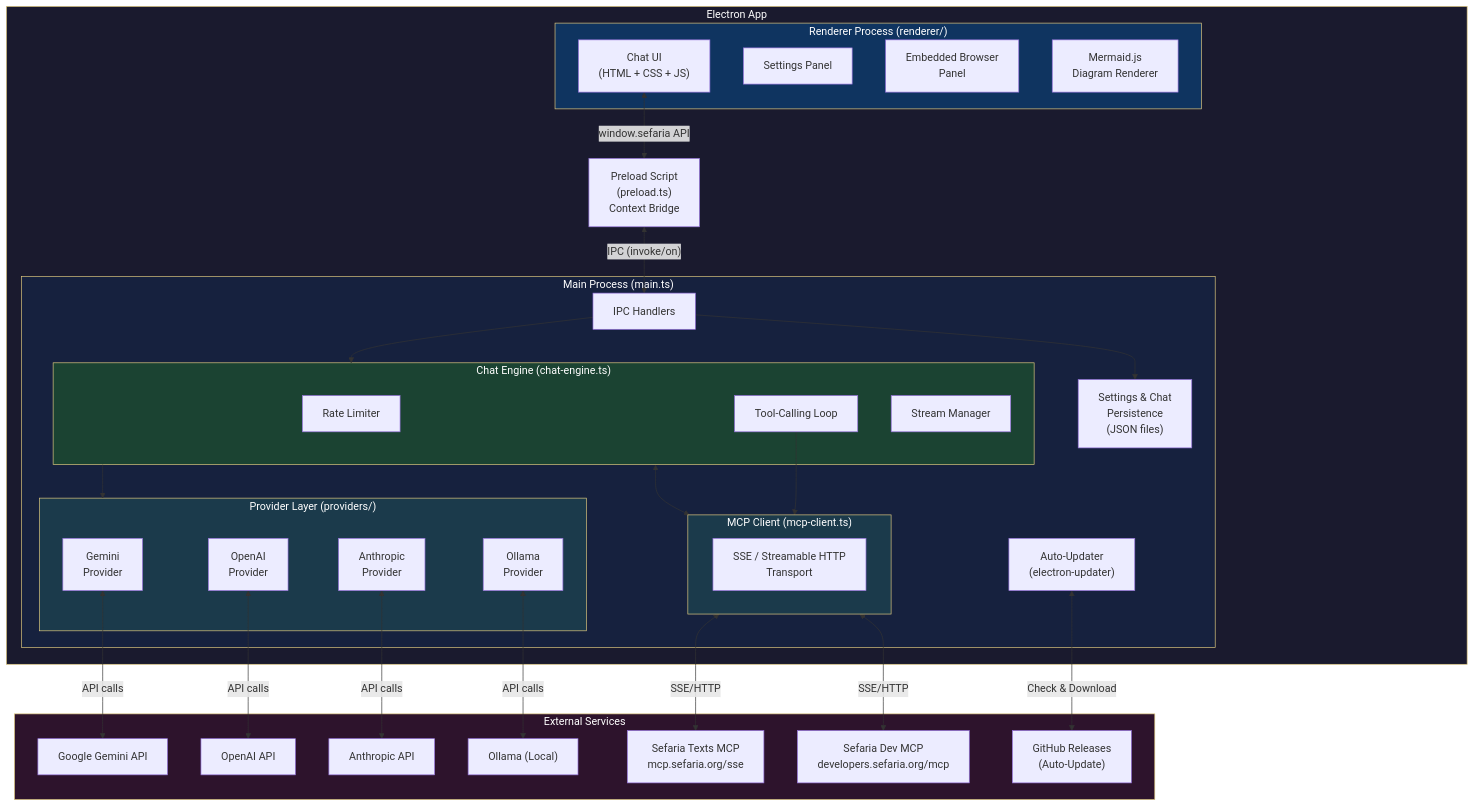
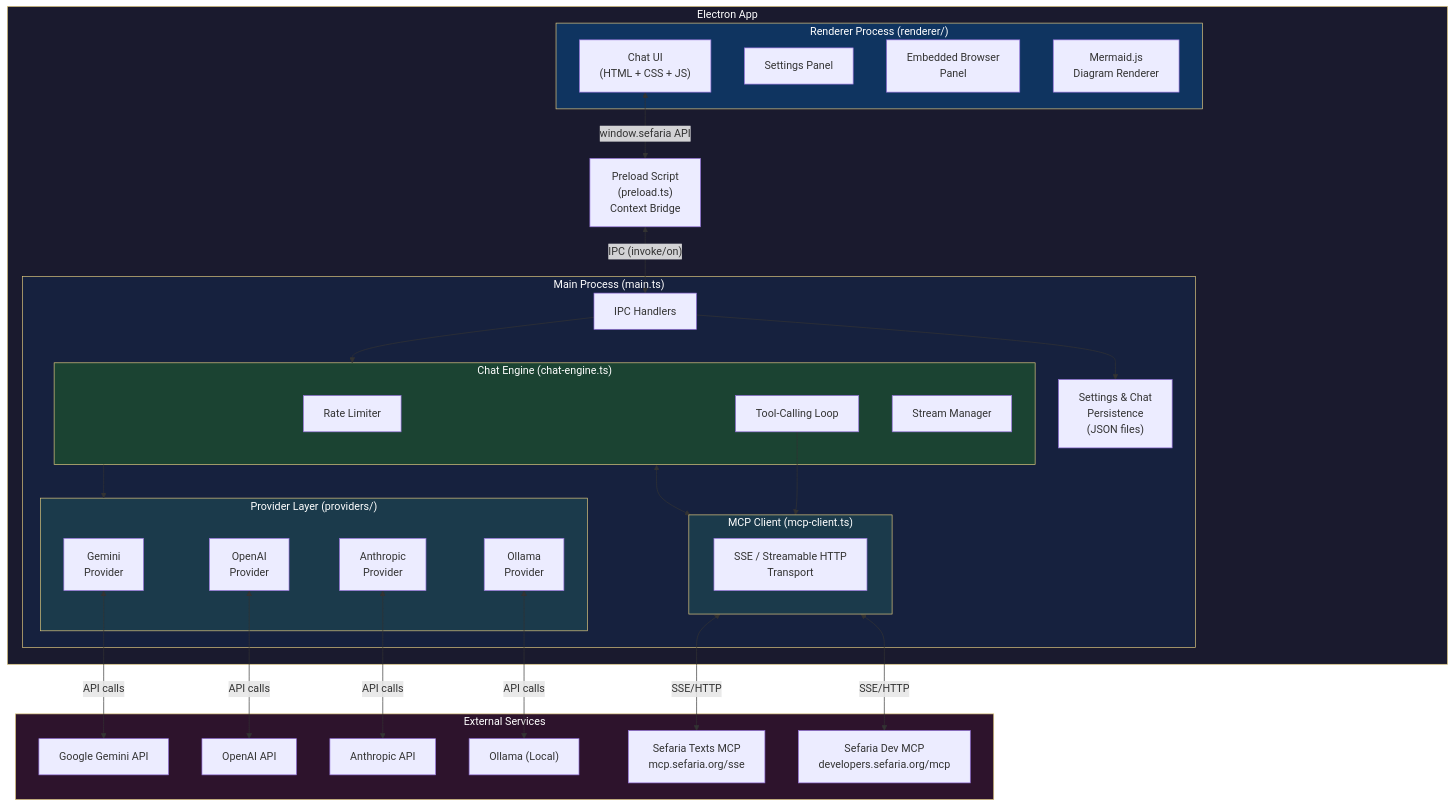
The diagram in docs/architecture.mmd (jleznek/sefaria-chat), drawn with Mermaid before and after one commit. The commit also changed 27 other files, not shown here.

Commit message:
Switch to Microsoft Store distribution; remove GitHub Releases and auto-updater

```diff
--- a/docs/architecture.mmd
+++ b/docs/architecture.mmd
@@ -1,67 +1,64 @@
 graph TB
     subgraph Electron["Electron App"]
         subgraph Main["Main Process (main.ts)"]
             Settings["Settings & Chat\nPersistence\n(JSON files)"]
             IPC["IPC Handlers"]
-            AutoUpdate["Auto-Updater\n(electron-updater)"]
             
             subgraph Engine["Chat Engine (chat-engine.ts)"]
                 RateLimit["Rate Limiter"]
                 ToolLoop["Tool-Calling Loop"]
                 Streaming["Stream Manager"]
             end
             
             subgraph Providers["Provider Layer (providers/)"]
                 Gemini["Gemini\nProvider"]
                 OpenAI["OpenAI\nProvider"]
                 Anthropic["Anthropic\nProvider"]
                 Ollama["Ollama\nProvider"]
             end
             
             subgraph MCP["MCP Client (mcp-client.ts)"]
                 SSE["SSE / Streamable HTTP\nTransport"]
             end
         end
         
         Preload["Preload Script\n(preload.ts)\nContext Bridge"]
         
         subgraph Renderer["Renderer Process (renderer/)"]
             UI["Chat UI\n(HTML + CSS + JS)"]
             SettingsUI["Settings Panel"]
             WebView["Embedded Browser\nPanel"]
             Mermaid["Mermaid.js\nDiagram Renderer"]
         end
     end
     
     subgraph External["External Services"]
         GeminiAPI["Google Gemini API"]
         OpenAIAPI["OpenAI API"]
         AnthropicAPI["Anthropic API"]
         OllamaLocal["Ollama (Local)"]
         SefariaTexts["Sefaria Texts MCP\nmcp.sefaria.org/sse"]
         SefariaDev["Sefaria Dev MCP\ndevelopers.sefaria.org/mcp"]
-        GitHub["GitHub Releases\n(Auto-Update)"]
     end
     
     UI <-->|"window.sefaria API"| Preload
     Preload <-->|"IPC (invoke/on)"| IPC
     IPC --> Engine
     IPC --> Settings
     Engine --> Providers
     Engine <--> MCP
     Gemini <-->|"API calls"| GeminiAPI
     OpenAI <-->|"API calls"| OpenAIAPI
     Anthropic <-->|"API calls"| AnthropicAPI
     Ollama <-->|"API calls"| OllamaLocal
     MCP <-->|"SSE/HTTP"| SefariaTexts
     MCP <-->|"SSE/HTTP"| SefariaDev
-    AutoUpdate <-->|"Check & Download"| GitHub
     ToolLoop --> MCP
     
     style Electron fill:#1a1a2e,stroke:#e0c97f,color:#fff
     style Main fill:#16213e,stroke:#e0c97f,color:#fff
     style Renderer fill:#0f3460,stroke:#e0c97f,color:#fff
     style External fill:#2d132c,stroke:#e0c97f,color:#fff
     style Engine fill:#1b4332,stroke:#e0c97f,color:#fff
     style Providers fill:#1b3a4b,stroke:#e0c97f,color:#fff
     style MCP fill:#1b3a4b,stroke:#e0c97f,color:#fff
```
